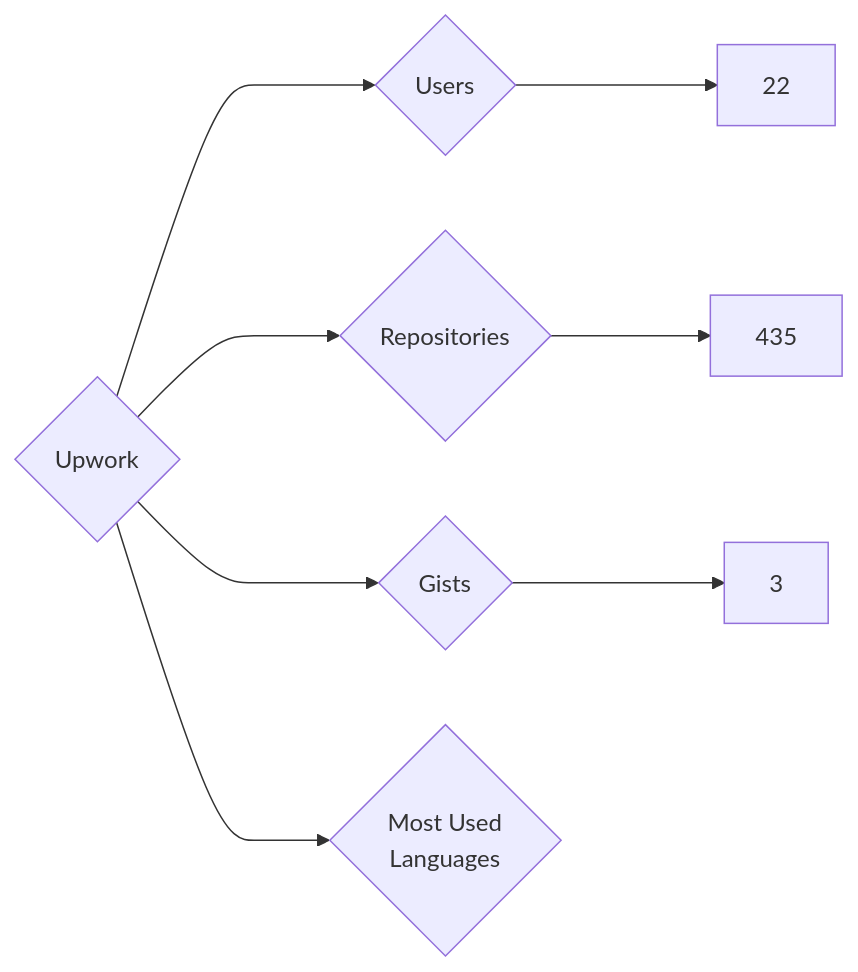
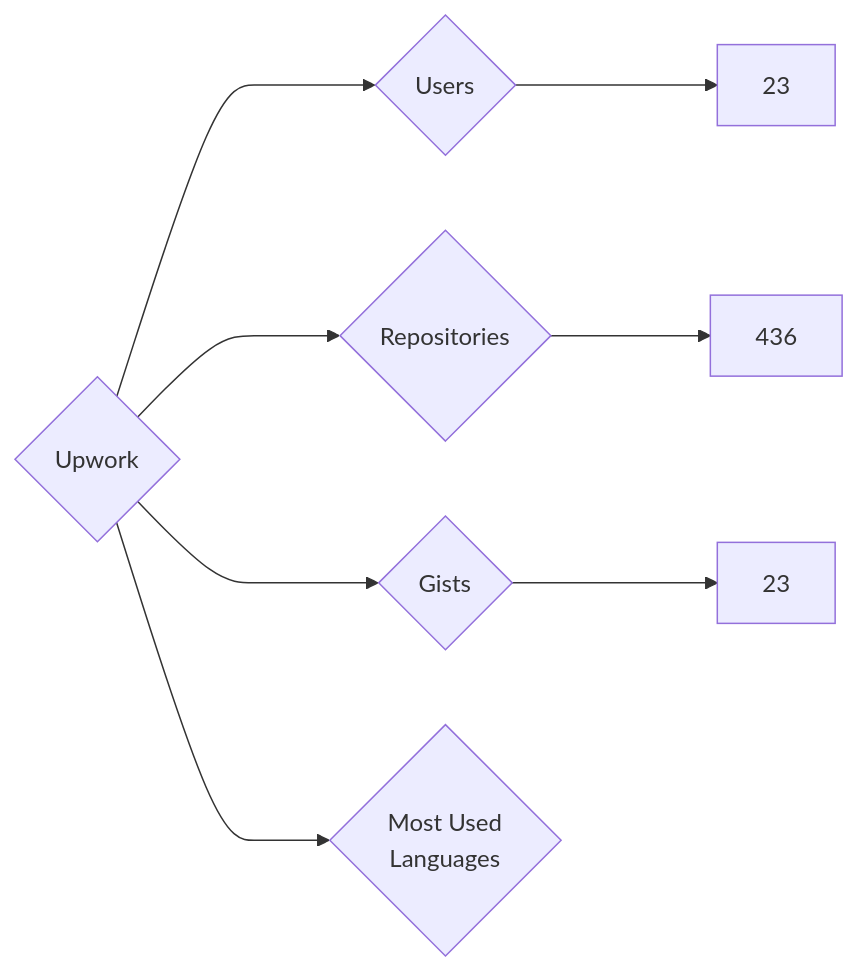
One commit to nenadzaric/insiders changed the diagram in targets/Upwork/README.md. Above: the diagram before and after it, drawn with Mermaid. The commit also changed 1342 other files, not shown here.

````diff
--- a/targets/Upwork/README.md
+++ b/targets/Upwork/README.md
@@ -3,8 +3,8 @@
 ```mermaid
 graph LR
 COMPANY_NAME{Upwork}
-COMPANY_NAME ---> U{Users} ---> UN[22]
-COMPANY_NAME ---> R{Repositories} ---> RN[435]
-COMPANY_NAME ---> G{Gists} ---> GN[3]
+COMPANY_NAME ---> U{Users} ---> UN[23]
+COMPANY_NAME ---> R{Repositories} ---> RN[436]
+COMPANY_NAME ---> G{Gists} ---> GN[23]
 COMPANY_NAME ---> ML{Most Used<br>Languages}
 ```
````
